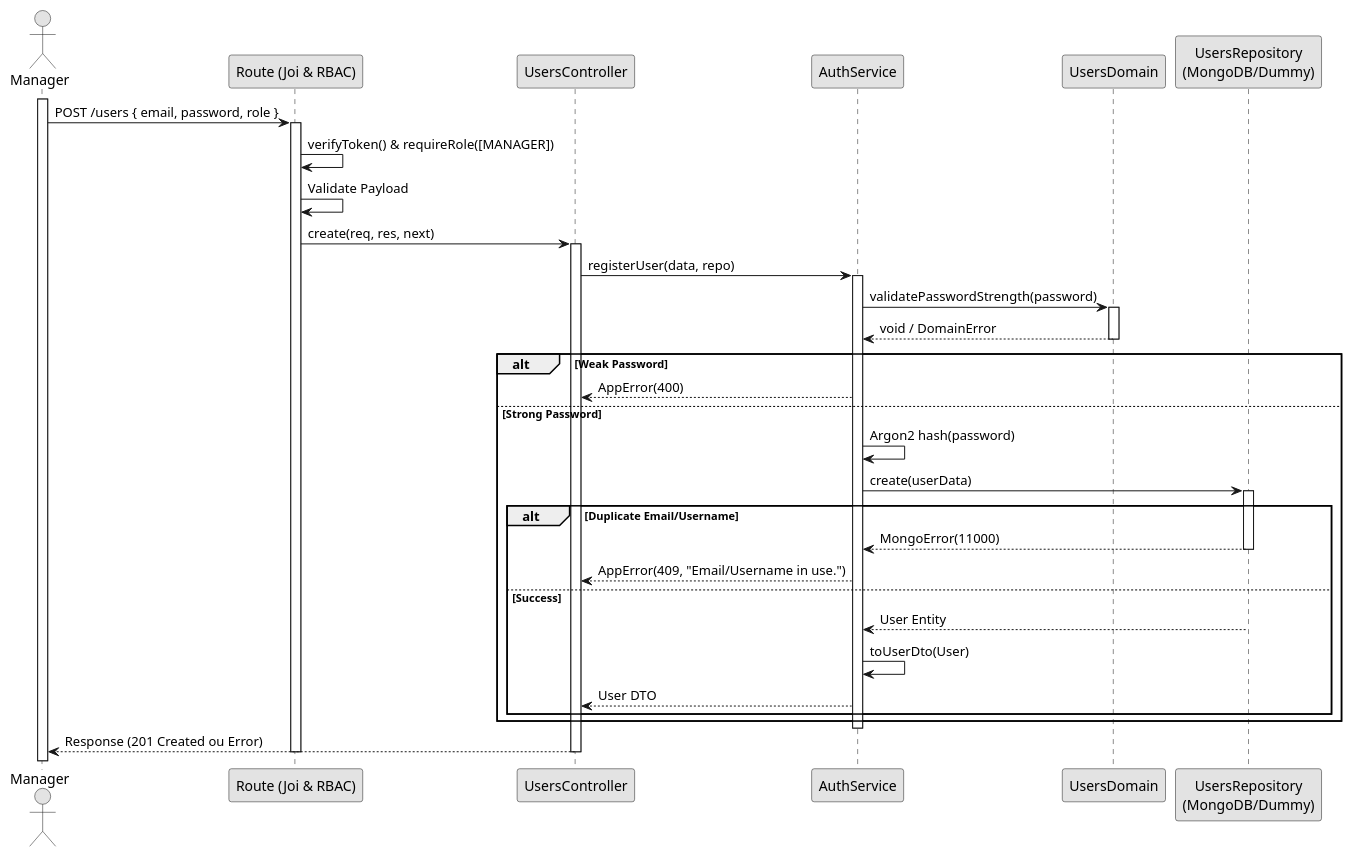
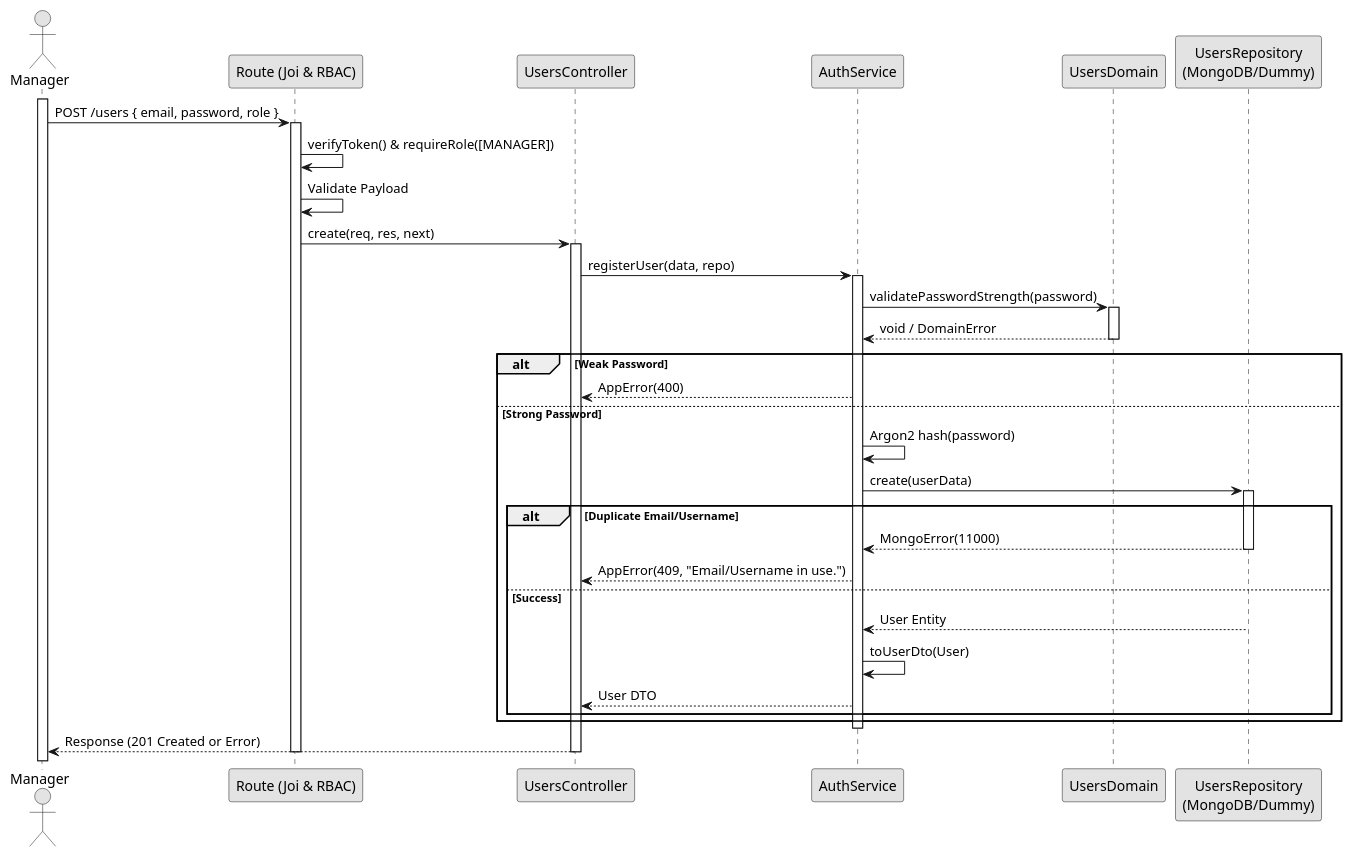
The diagram in docs/Sprint 1/1241176-Iva-Silva/bck01/uc2-register-design.puml (ivasduarte/laprizza), drawn with PlantUML before and after one commit. The commit also changed 8 other files, not shown here.

Commit message:
docs(BCK01): add user authentication use cases and diagrams (#113)

```diff
--- a/docs/Sprint 1/1241176-Iva-Silva/bck01/uc2-register-design.puml
+++ b/docs/Sprint 1/1241176-Iva-Silva/bck01/uc2-register-design.puml
@@ -1,55 +1,55 @@
 @startuml "UC2_Register_Design"
 skinparam monochrome true
 skinparam packageStyle rect
 skinparam defaultFontName FG Virgil
 skinparam shadowing false
 
 actor Manager
 participant "Route (Joi & RBAC)" as route
 participant "UsersController" as controller
 participant "AuthService" as service
 participant "UsersDomain" as domain
 participant "UsersRepository\n(MongoDB/Dummy)" as repo
 
 activate Manager
 Manager -> route : POST /users { email, password, role }
 activate route
 
 route -> route : verifyToken() & requireRole([MANAGER])
 route -> route : Validate Payload
 
 route -> controller : create(req, res, next)
 activate controller 
 controller -> service : registerUser(data, repo)
 activate service
 
 service -> domain : validatePasswordStrength(password)
 activate domain
 domain --> service : void / DomainError
 deactivate domain
 
 alt Weak Password
     service --> controller : AppError(400)
 else Strong Password
     service -> service : Argon2 hash(password)
     service -> repo : create(userData)
     activate repo
 
     alt Duplicate Email/Username
         repo --> service : MongoError(11000)
         deactivate repo 
         service --> controller : AppError(409, "Email/Username in use.")
     else Success
         repo --> service : User Entity
         deactivate repo 
 
         service -> service : toUserDto(User)
         service --> controller : User DTO
     end
 end
 deactivate service
 
-controller --> Manager : Response (201 Created ou Error)
+controller --> Manager : Response (201 Created or Error)
 deactivate controller
 deactivate route
 @enduml
```
